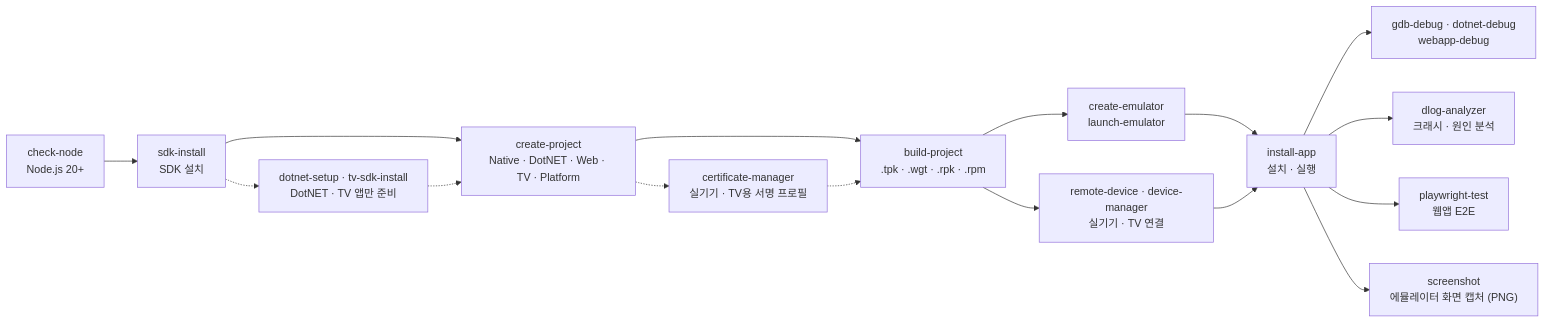
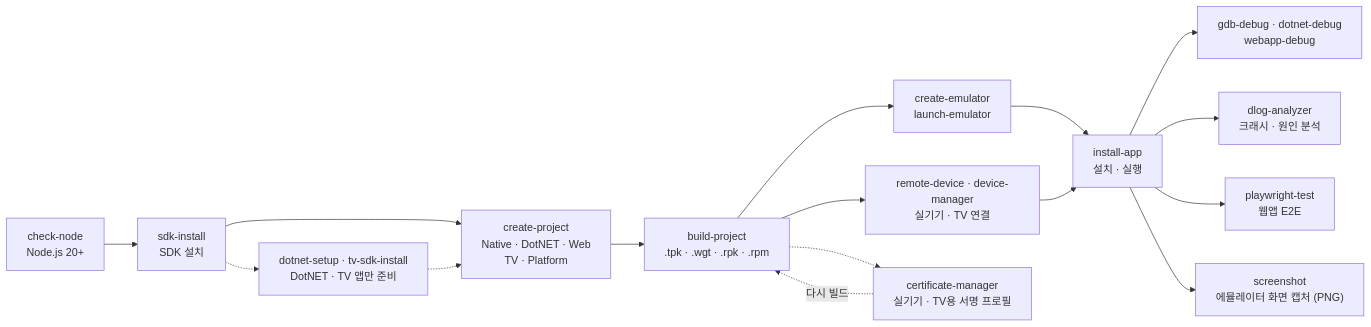
Before and after one commit to Samsung/tizen-agent-skills: the second of 2 diagrams in tizen-sdk-skills/quick-guide.ko.md, drawn with Mermaid. The commit also changed other lines of this file and 3 other files, not shown here.

First line of the commit message:
docs(tizen-sdk-skills): fix quick guide diagram labels and signing step (#103)

````diff
--- a/tizen-sdk-skills/quick-guide.ko.md
+++ b/tizen-sdk-skills/quick-guide.ko.md
@@ -66,18 +66,18 @@
 ```mermaid
 flowchart LR
     A["check-node<br/>Node.js 20+"] --> B["sdk-install<br/>SDK 설치"]
-    B --> D["create-project<br/>Native · DotNET · Web · TV · Platform"]
+    B --> D["create-project<br/>Native · DotNET · Web<br/>TV · Platform"]
     B -.-> P["dotnet-setup · tv-sdk-install<br/>DotNET · TV 앱만 준비"]
     P -.-> D
     D --> E["build-project<br/>.tpk · .wgt · .rpk · .rpm"]
-    D -.-> K["certificate-manager<br/>실기기 · TV용 서명 프로필"]
-    K -.-> E
     E --> F["create-emulator<br/>launch-emulator"]
     E --> R["remote-device · device-manager<br/>실기기 · TV 연결"]
+    E -.-> K["certificate-manager<br/>실기기 · TV용 서명 프로필"]
     F --> G["install-app<br/>설치 · 실행"]
     R --> G
+    K -.->|다시 빌드| E
     G --> H["gdb-debug · dotnet-debug<br/>webapp-debug"]
     G --> I["dlog-analyzer<br/>크래시 · 원인 분석"]
     G --> J["playwright-test<br/>웹앱 E2E"]
     G --> S["screenshot<br/>에뮬레이터 화면 캡처 (PNG)"]
 ```
````
